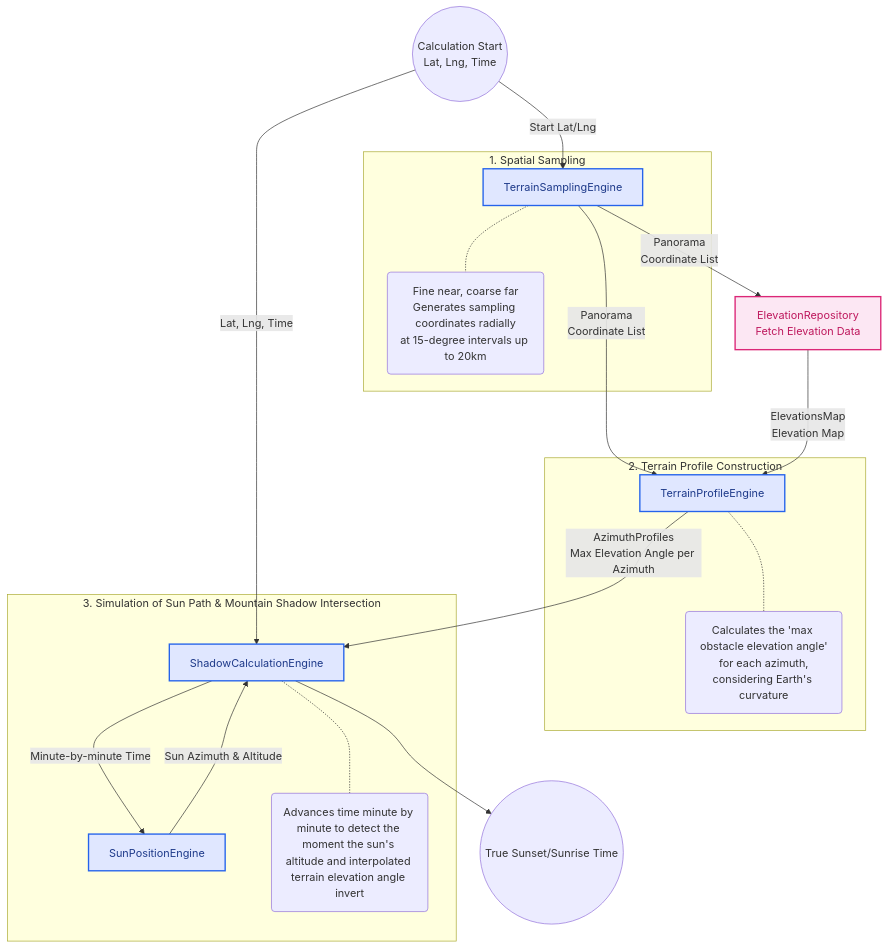
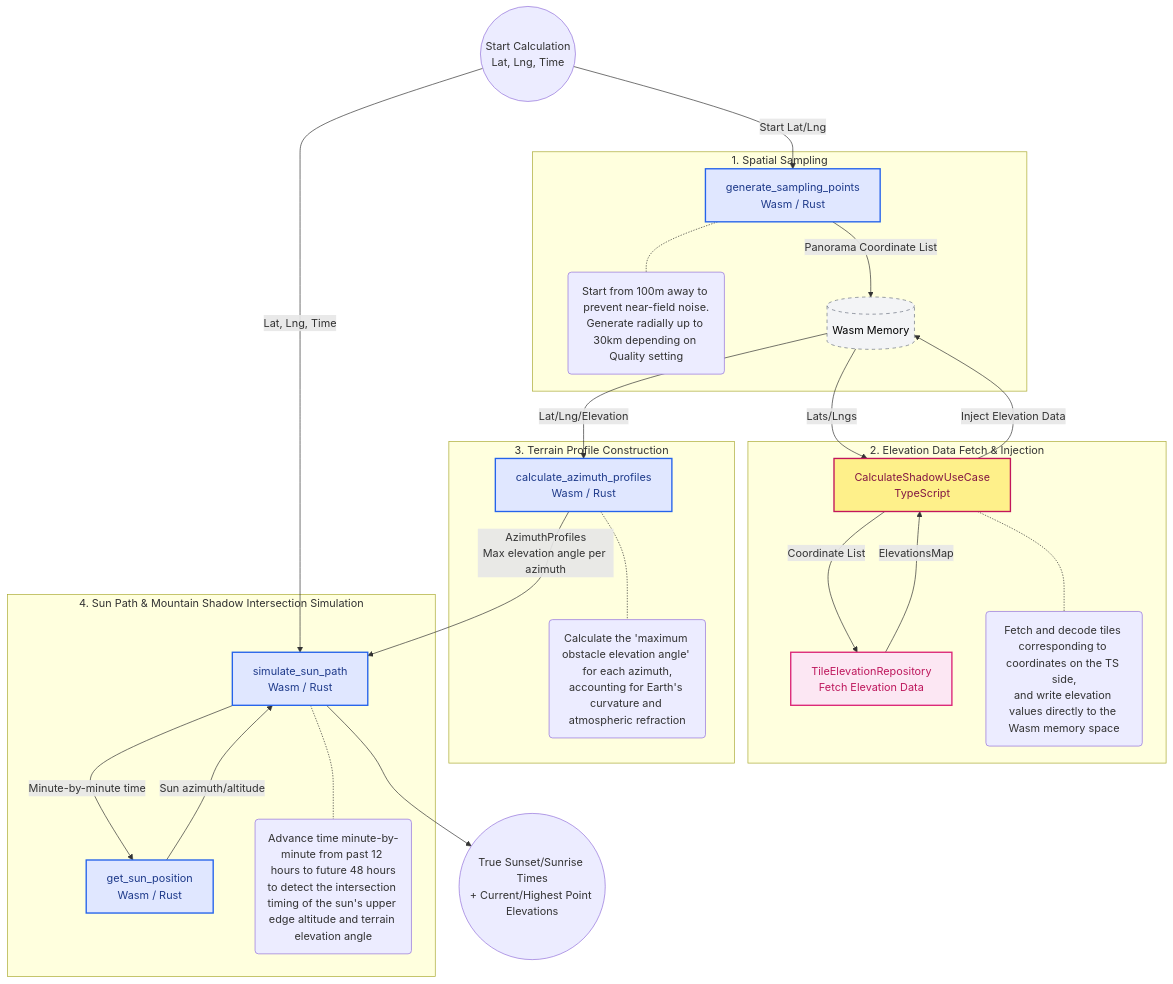
The diagram in docs/architecture/domain-algorithm.md (tomopumipumi/yamakage), drawn with Mermaid before and after one commit. The commit also changed other lines of this file and 7 other files, not shown here.

````diff
--- a/docs/architecture/domain-algorithm.md
+++ b/docs/architecture/domain-algorithm.md
@@ -3,46 +5,56 @@
 ```mermaid
 flowchart TD
-    classDef engine fill:#e0e7ff,stroke:#2563eb,stroke-width:2px,color:#1e3a8a
-    classDef data fill:#f3f4f6,stroke:#6b7280,stroke-width:1px,stroke-dasharray: 5 5
+    classDef wasm fill:#e0e7ff,stroke:#2563eb,stroke-width:2px,color:#1e3a8a
+    classDef ts fill:#fef08a,stroke:#c2165b,stroke-width:2px,color:#831843
+    classDef data fill:#f3f4f6,color:#000,stroke:#6b7280,stroke-width:1px,stroke-dasharray: 5 5
     classDef external fill:#fce7f3,stroke:#db2777,stroke-width:2px,color:#be185d
 
-    Start((Calculation Start<br/>Lat, Lng, Time))
+    Start((Start Calculation<br/>Lat, Lng, Time))
 
     subgraph Phase1 [1. Spatial Sampling]
-        TSE[TerrainSamplingEngine]:::engine
-        Note1(Fine near, coarse far<br/>Generates sampling coordinates radially<br/>at 15-degree intervals up to 20km)
+        TSE[generate_sampling_points<br/>Wasm / Rust]:::wasm
+        Note1(Start from 100m away to prevent near-field noise.<br/>Generate radially up to 30km depending on Quality setting)
+        TPE_MEM[(Wasm Memory)]:::data
         TSE -.- Note1
     end
 
-    Repo[ElevationRepository<br/>Fetch Elevation Data]:::external
-
-    subgraph Phase2 [2. Terrain Profile Construction]
-        TPE[TerrainProfileEngine]:::engine
-        Note2(Calculates the 'max obstacle elevation angle'<br/>for each azimuth,<br/>considering Earth's curvature)
-        TPE -.- Note2
+    subgraph Phase2 [2. Elevation Data Fetch & Injection]
+        UseCase[CalculateShadowUseCase<br/>TypeScript]:::ts
+        Repo[TileElevationRepository<br/>Fetch Elevation Data]:::external
+        Note2(Fetch and decode tiles corresponding to coordinates on the TS side,<br/>and write elevation values directly to the Wasm memory space)
+        UseCase -.- Note2
     end
 
-    subgraph Phase3 [3. Simulation of Sun Path & Mountain Shadow Intersection]
-        SCE[ShadowCalculationEngine]:::engine
-        SPE[SunPositionEngine]:::engine
-        Note3(Advances time minute by minute to detect the moment the sun's altitude and interpolated terrain elevation angle invert)
-        
-        SCE --> |Minute-by-minute Time| SPE
-        SPE --> |Sun Azimuth & Altitude| SCE
-        SCE -.- Note3
+    subgraph Phase3 [3. Terrain Profile Construction]
+        TPE[calculate_azimuth_profiles<br/>Wasm / Rust]:::wasm
+        Note3(Calculate the 'maximum obstacle elevation angle' for each azimuth,<br/>accounting for Earth's curvature and atmospheric refraction)
+        TPE -.- Note3
     end
 
-    End((True Sunset/Sunrise Time))
+    subgraph Phase4 [4. Sun Path & Mountain Shadow Intersection Simulation]
+        SCE[simulate_sun_path<br/>Wasm / Rust]:::wasm
+        SPE[get_sun_position<br/>Wasm / Rust]:::wasm
+        Note4(Advance time minute-by-minute from past 12 hours to future 48 hours<br/>to detect the intersection timing of the sun's upper edge altitude and terrain elevation angle)
+        
+        SCE --> |Minute-by-minute time| SPE
+        SPE --> |Sun azimuth/altitude| SCE
+        SCE -.- Note4
+    end
+
+    End((True Sunset/Sunrise Times<br/>+ Current/Highest Point Elevations))
 
     Start --> |Start Lat/Lng| TSE
-    TSE --> |Panorama<br/>Coordinate List| Repo
+    TSE --> |Panorama Coordinate List| TPE_MEM
+    TPE_MEM --> |Lats/Lngs| UseCase
+    UseCase --> |Coordinate List| Repo
+    Repo --> |ElevationsMap| UseCase
+    UseCase --> |Inject Elevation Data| TPE_MEM
     
-    TSE --> |Panorama<br/>Coordinate List| TPE
-    Repo --> |ElevationsMap<br/>Elevation Map| TPE
-    
-    TPE --> |AzimuthProfiles<br/>Max Elevation Angle per Azimuth| SCE
+    TPE_MEM --> |Lat/Lng/Elevation| TPE
+    TPE --> |AzimuthProfiles<br/>Max elevation angle per azimuth| SCE
     Start --> |Lat, Lng, Time| SCE
     
     SCE --> End
 
+
 ```
````
